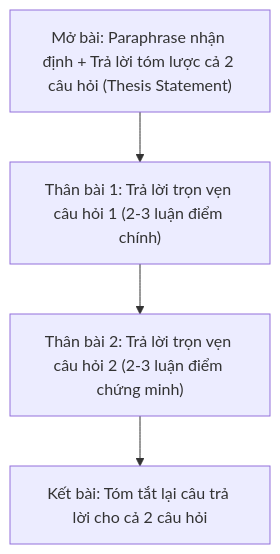
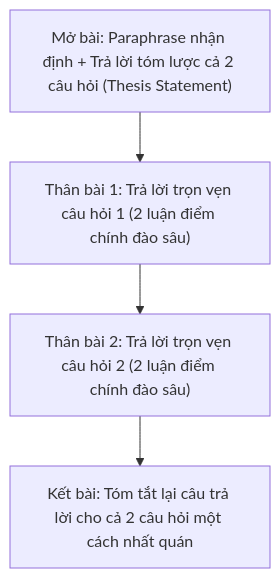
Before and after one commit to johntroger/ielts-practice-vietnamese: the diagram in docs/writing/task2-two-part.md, drawn with Mermaid. The commit also changed other lines of this file and 7 other files, not shown here.

````diff
--- a/docs/writing/task2-two-part.md
+++ b/docs/writing/task2-two-part.md
@@ -18,6 +19,6 @@
 ```mermaid
 flowchart TD
-    Intro["Mở bài: Paraphrase nhận định + Trả lời tóm lược cả 2 câu hỏi (Thesis Statement)"] --> Body1["Thân bài 1: Trả lời trọn vẹn câu hỏi 1 (2-3 luận điểm chính)"]
-    Body1 --> Body2["Thân bài 2: Trả lời trọn vẹn câu hỏi 2 (2-3 luận điểm chứng minh)"]
-    Body2 --> Concl["Kết bài: Tóm tắt lại câu trả lời cho cả 2 câu hỏi"]
+    Intro["Mở bài: Paraphrase nhận định + Trả lời tóm lược cả 2 câu hỏi (Thesis Statement)"] --> Body1["Thân bài 1: Trả lời trọn vẹn câu hỏi 1 (2 luận điểm chính đào sâu)"]
+    Body1 --> Body2["Thân bài 2: Trả lời trọn vẹn câu hỏi 2 (2 luận điểm chính đào sâu)"]
+    Body2 --> Concl["Kết bài: Tóm tắt lại câu trả lời cho cả 2 câu hỏi một cách nhất quán"]
 ```
````
